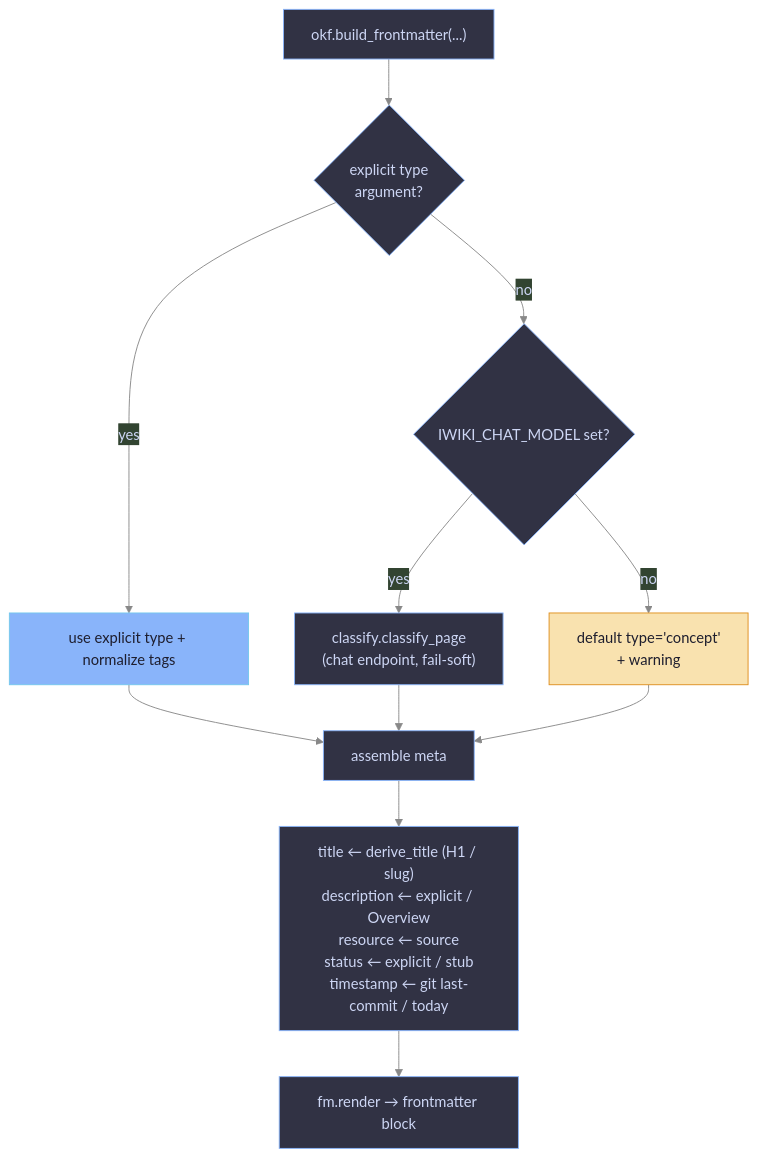
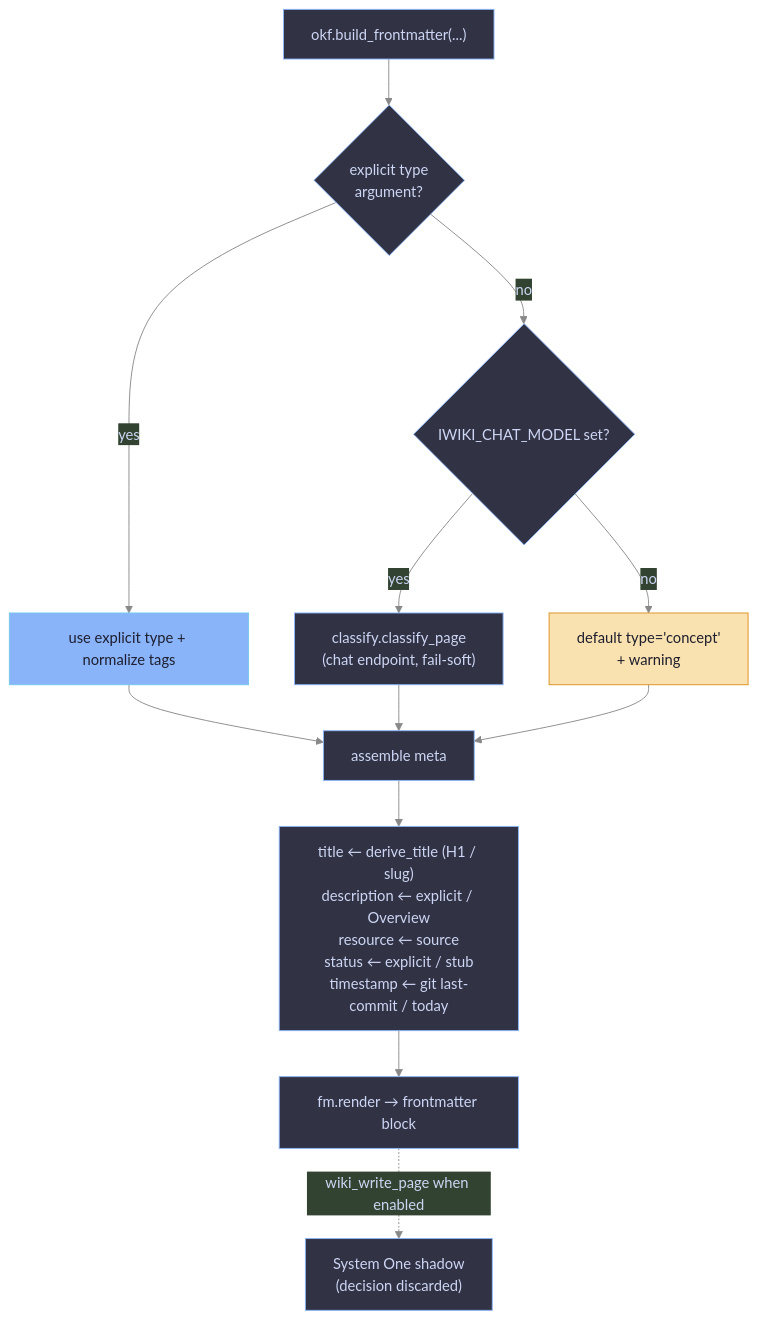
Diagram 20 of 22 in docs/architecture.md (ikeniborn/iwiki-mcp), drawn with Mermaid before and after one commit. The commit also changed other lines of this file and 23 other files, not shown here.

Commit message:
feat: add System One page type shadow

````diff
--- a/docs/architecture.md
+++ b/docs/architecture.md
@@ -1076,19 +1076,20 @@
 ```mermaid
 %%{init: {'theme': 'base', 'themeVariables': {'background': '#1e1e2e', 'primaryColor': '#313244', 'primaryTextColor': '#cdd6f4', 'primaryBorderColor': '#89b4fa', 'lineColor': '#888888'}}}%%
 flowchart TD
     A["okf.build_frontmatter(...)"] --> B{"explicit type<br/>argument?"}
     B -->|"yes"| C["use explicit type + normalize tags"]
     B -->|"no"| D{"IWIKI_CHAT_MODEL set?"}
     D -->|"yes"| E["classify.classify_page<br/>(chat endpoint, fail-soft)"]
     D -->|"no"| F["default type='concept'<br/>+ warning"]
     C --> G["assemble meta"]
     E --> G
     F --> G
     G --> H["title ← derive_title (H1 / slug)<br/>description ← explicit / Overview<br/>resource ← source<br/>status ← explicit / stub<br/>timestamp ← git last-commit / today"]
     H --> I["fm.render → frontmatter block"]
+    I -. "wiki_write_page when enabled" .-> S["System One shadow<br/>(decision discarded)"]
 
     classDef pri fill:#89b4fa,color:#1e1e2e,stroke:#74c7ec
     classDef def fill:#f9e2af,color:#1e1e2e,stroke:#df8e1d
     class C pri
     class F def
 ```
````
